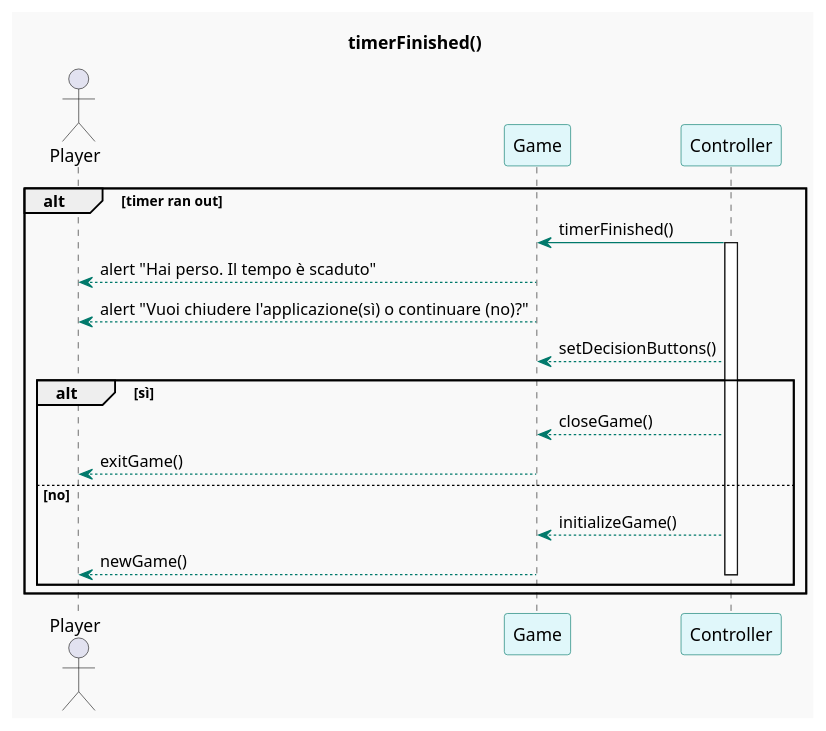
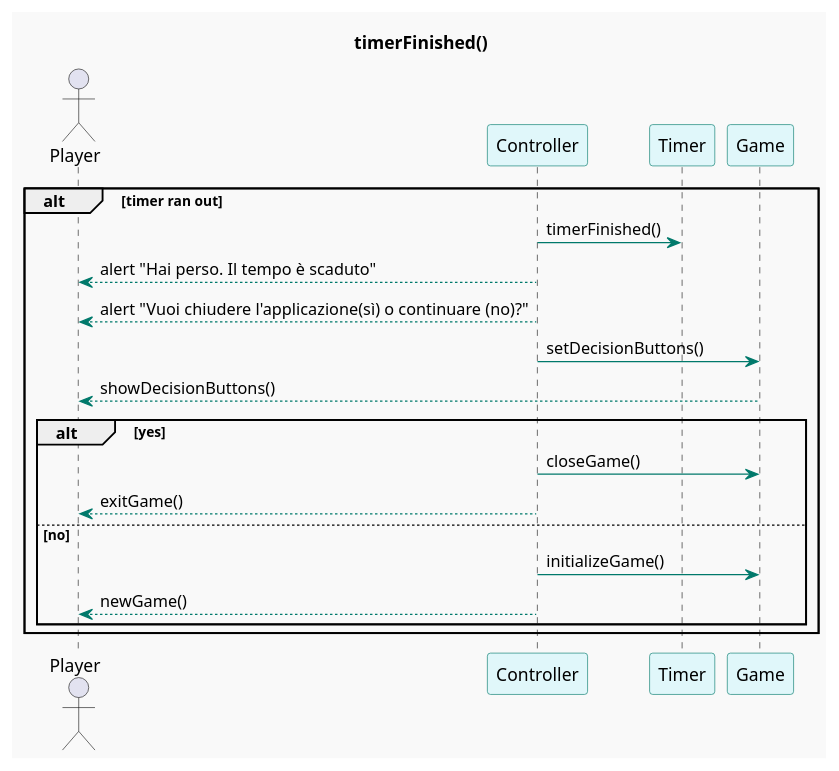
Before and after one commit to marchettialessio/gastronomia_team14: the second of 4 diagrams in internal_sequence_diagrams.md, drawn with PlantUML. The commit also changed other lines of this file, not shown here.

```diff
--- a/internal_sequence_diagrams.md
+++ b/internal_sequence_diagrams.md
@@ -40,39 +40,39 @@
 @startuml
 
 title timerFinished()
 
 skinparam backgroundColor #f9f9f9
 skinparam participantBackgroundColor #e0f7fa
 skinparam participantBorderColor #00796b
 skinparam sequenceArrowColor #00796b
 skinparam sequenceBoxBackgroundColor #b2dfdb
 skinparam sequenceBoxBorderColor #004d40
 skinparam criticalBackgroundColor #ffcdd2
 skinparam criticalBorderColor #b71c1c
 skinparam altBackgroundColor #d1c4e9
 skinparam altBorderColor #512da8
 
 
 actor Player
+participant Controller
+participant Timer
 participant Game
-participant Controller
 
 
 alt timer ran out
-Controller -> Game: timerFinished()
-activate Controller
-Game --> Player: alert "Hai perso. Il tempo è scaduto"
-Game --> Player: alert "Vuoi chiudere l'applicazione(sì) o continuare (no)?"
-Controller --> Game: setDecisionButtons()
-alt sì
-    Controller --> Game: closeGame()
-    Game --> Player: exitGame()
+Controller -> Timer: timerFinished()
+Controller --> Player: alert "Hai perso. Il tempo è scaduto"
+Controller --> Player: alert "Vuoi chiudere l'applicazione(sì) o continuare (no)?"
+Controller -> Game: setDecisionButtons()
+Game --> Player: showDecisionButtons()
+alt yes
+    Controller -> Game: closeGame()
+    Controller --> Player: exitGame()
 else no
-    Controller --> Game: initializeGame()
-    Game --> Player: newGame()
-    deactivate Controller
+    Controller -> Game: initializeGame()
+    Controller --> Player: newGame()
 end
 
 
 end
 @enduml
```
